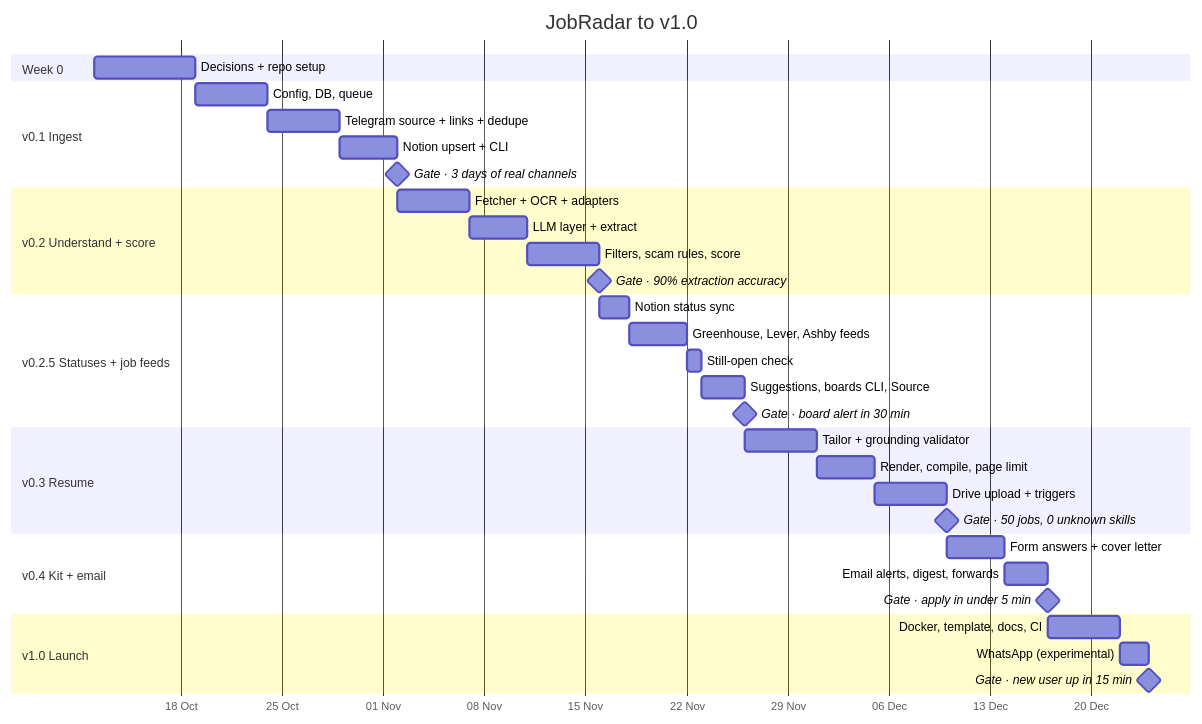
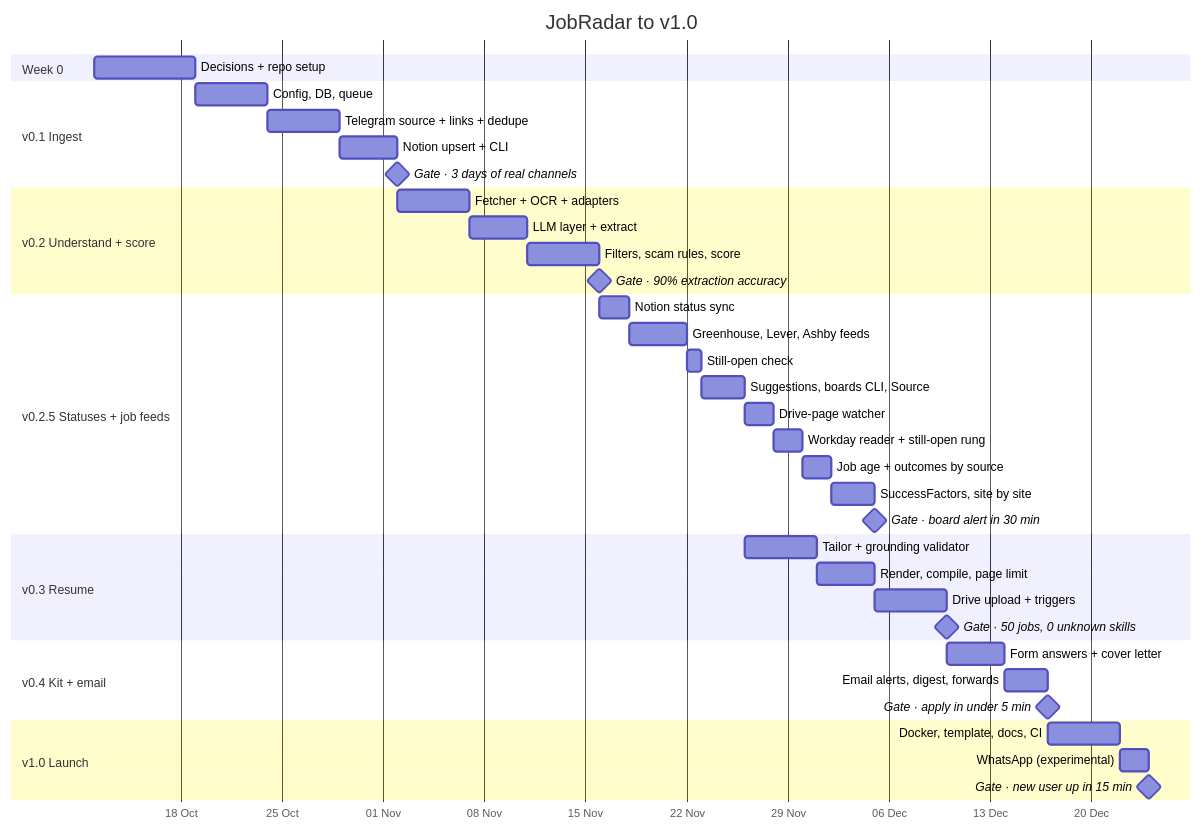
Before and after one commit to ThePlator/JobRadar: the first of 2 diagrams in PLAN.md, drawn with Mermaid. The commit also changed other lines of this file, not shown here.

First line of the commit message:
Plan: India employer portals, job age and outcomes by source

````diff
--- a/PLAN.md
+++ b/PLAN.md
@@ -9,44 +9,48 @@
 ```mermaid
 gantt
     title JobRadar to v1.0
     dateFormat YYYY-MM-DD
     axisFormat %d %b
 
     section Week 0
     Decisions + repo setup           :w0, 2026-10-12, 7d
 
     section v0.1 Ingest
     Config, DB, queue                :a1, after w0, 5d
     Telegram source + links + dedupe :a2, after a1, 5d
     Notion upsert + CLI              :a3, after a2, 4d
     Gate · 3 days of real channels    :milestone, g1, after a3, 0d
 
     section v0.2 Understand + score
     Fetcher + OCR + adapters         :b1, after a3, 5d
     LLM layer + extract              :b2, after b1, 4d
     Filters, scam rules, score       :b3, after b2, 5d
     Gate · 90% extraction accuracy    :milestone, g2, after b3, 0d
 
     section v0.2.5 Statuses + job feeds
     Notion status sync               :f1, after b3, 2d
     Greenhouse, Lever, Ashby feeds   :f2, after f1, 4d
     Still-open check                 :f4, after f2, 1d
     Suggestions, boards CLI, Source  :f3, after f4, 3d
-    Gate · board alert in 30 min      :milestone, gf, after f3, 0d
+    Drive-page watcher               :f5, after f3, 2d
+    Workday reader + still-open rung :f6, after f5, 2d
+    Job age + outcomes by source     :f7, after f6, 2d
+    SuccessFactors, site by site     :f8, after f7, 3d
+    Gate · board alert in 30 min      :milestone, gf, after f8, 0d
 
     section v0.3 Resume
     Tailor + grounding validator     :c1, after f3, 5d
     Render, compile, page limit      :c2, after c1, 4d
     Drive upload + triggers          :c3, after c2, 5d
     Gate · 50 jobs, 0 unknown skills  :milestone, g3, after c3, 0d
 
     section v0.4 Kit + email
     Form answers + cover letter      :d1, after c3, 4d
     Email alerts, digest, forwards   :d2, after d1, 3d
     Gate · apply in under 5 min       :milestone, g4, after d2, 0d
 
     section v1.0 Launch
     Docker, template, docs, CI       :e1, after d2, 5d
     WhatsApp (experimental)          :e2, after e1, 2d
     Gate · new user up in 15 min      :milestone, g5, after e2, 0d
 ```
````
